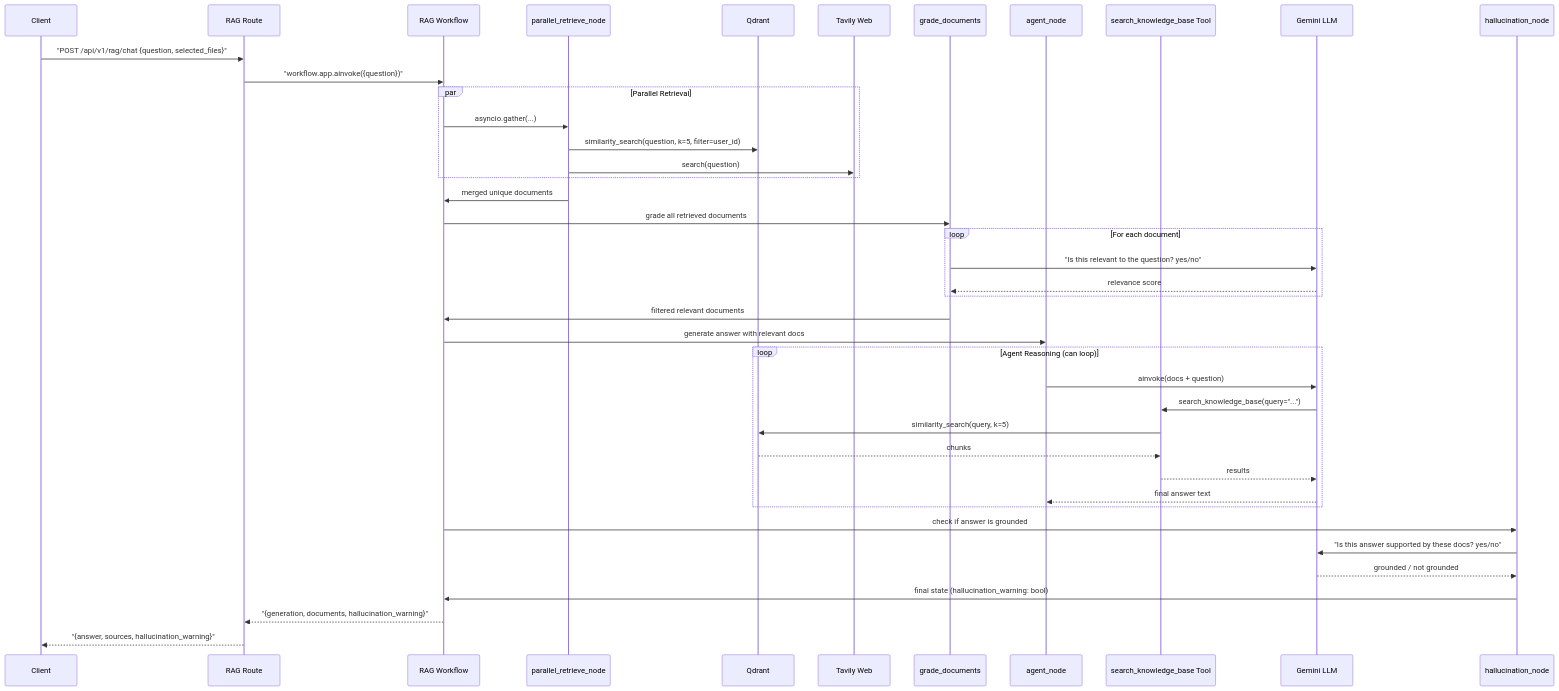
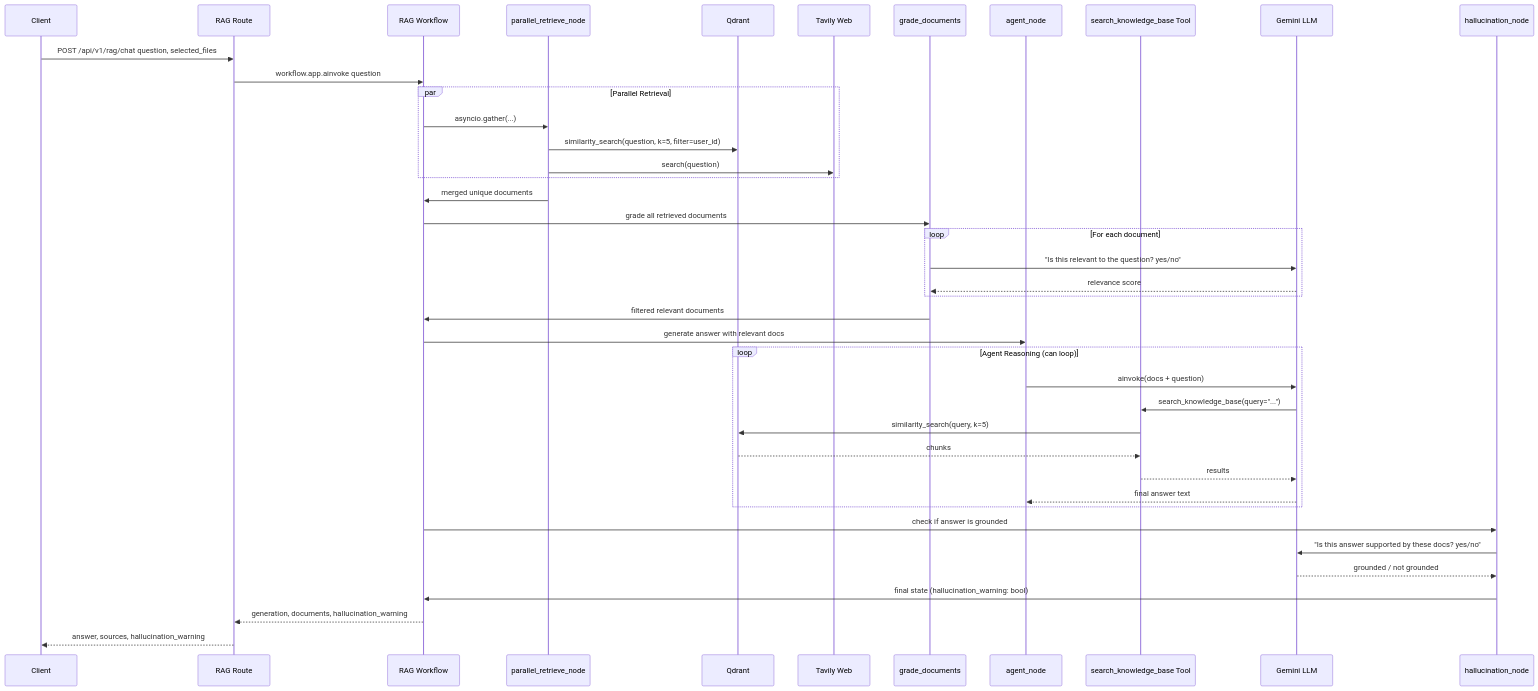
The sixth of 12 diagrams in README.md (ankit-raj00/Chatbot_backend), drawn with Mermaid before and after one commit. The commit also changed other lines of this file, not shown here.

Commit message:
docs: strip all special chars from sequence diagrams for github compatibility

````diff
--- a/README.md
+++ b/README.md
@@ -445,49 +445,49 @@
 ```mermaid
 sequenceDiagram
     participant CLIENT as Client
     participant RR as RAG Route
     participant RW as RAG Workflow
     participant PRN as parallel_retrieve_node
     participant QDRANT as Qdrant
     participant TAVILY as Tavily Web
     participant GN as grade_documents
     participant AN as agent_node
     participant TOOL as search_knowledge_base Tool
     participant GEMINI as Gemini LLM
     participant HN as hallucination_node
 
-    CLIENT->>RR: "POST /api/v1/rag/chat {question, selected_files}"
-    RR->>RW: "workflow.app.ainvoke({question})"
+    CLIENT->>RR: POST /api/v1/rag/chat question, selected_files
+    RR->>RW: workflow.app.ainvoke question
 
     par Parallel Retrieval
         RW->>PRN: asyncio.gather(...)
         PRN->>QDRANT: similarity_search(question, k=5, filter=user_id)
         PRN->>TAVILY: search(question)
     end
     PRN->>RW: merged unique documents
 
     RW->>GN: grade all retrieved documents
     loop For each document
         GN->>GEMINI: "Is this relevant to the question? yes/no"
         GEMINI-->>GN: relevance score
     end
     GN->>RW: filtered relevant documents
 
     RW->>AN: generate answer with relevant docs
     loop Agent Reasoning (can loop)
         AN->>GEMINI: ainvoke(docs + question)
         GEMINI->>TOOL: search_knowledge_base(query="...")
         TOOL->>QDRANT: similarity_search(query, k=5)
         QDRANT-->>TOOL: chunks
         TOOL-->>GEMINI: results
         GEMINI-->>AN: final answer text
     end
 
     RW->>HN: check if answer is grounded
     HN->>GEMINI: "Is this answer supported by these docs? yes/no"
     GEMINI-->>HN: grounded / not grounded
     HN->>RW: final state (hallucination_warning: bool)
 
-    RW-->>RR: "{generation, documents, hallucination_warning}"
-    RR-->>CLIENT: "{answer, sources, hallucination_warning}"
+    RW-->>RR: generation, documents, hallucination_warning
+    RR-->>CLIENT: answer, sources, hallucination_warning
 ```
````
